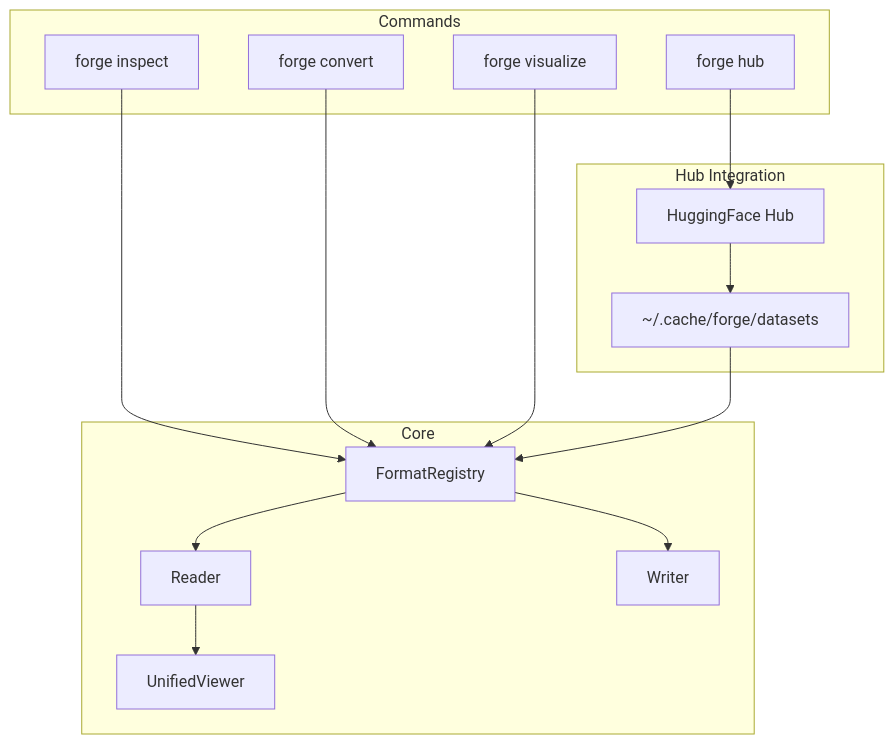
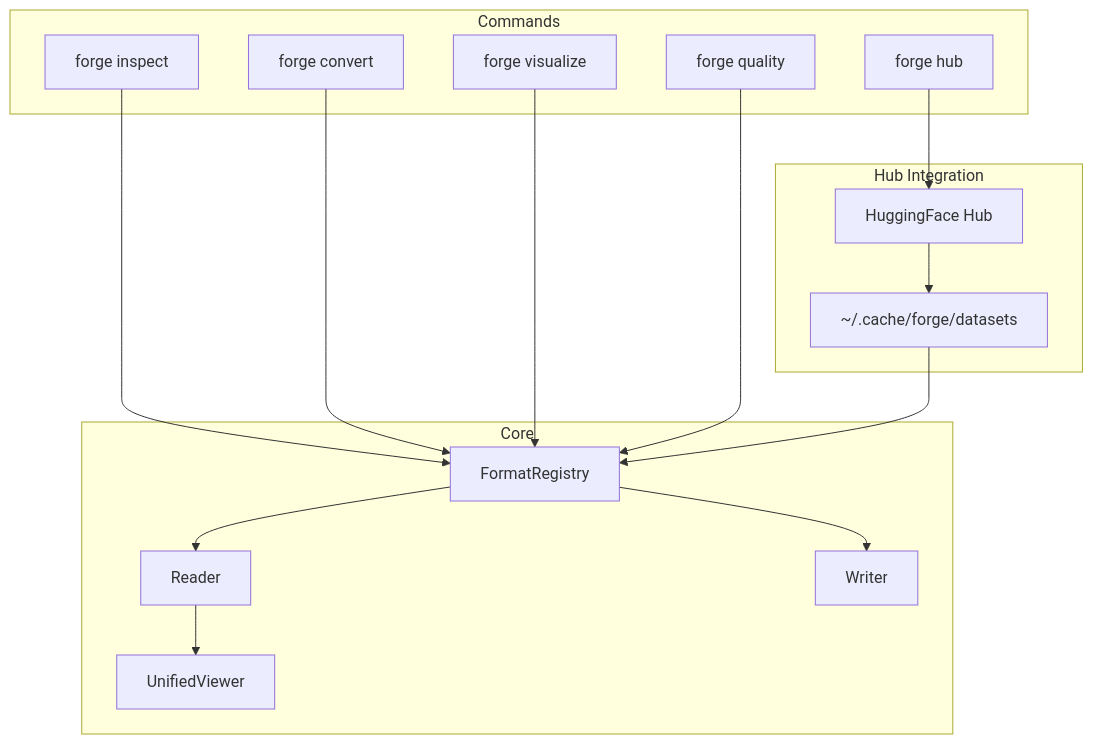
The fourth of 5 diagrams in docs/architecture.md (jony-llamado/convert_data), drawn with Mermaid before and after one commit. The commit also changed other lines of this file and 10 other files, not shown here.

````diff
--- a/docs/architecture.md
+++ b/docs/architecture.md
@@ -112,33 +114,35 @@
 ```mermaid
 flowchart TD
     subgraph Commands
         Inspect[forge inspect]
         Convert[forge convert]
         Visualize[forge visualize]
+        QualityCmd[forge quality]
         Hub[forge hub]
     end
 
     subgraph Hub Integration
         HF[HuggingFace Hub]
         Cache[~/.cache/forge/datasets]
     end
 
     subgraph Core
         Registry[FormatRegistry]
         Reader[Reader]
         Writer[Writer]
         Viewer[UnifiedViewer]
     end
 
     Inspect --> Registry
     Convert --> Registry
     Visualize --> Registry
+    QualityCmd --> Registry
 
     Hub --> HF
     HF --> Cache
     Cache --> Registry
 
     Registry --> Reader
     Registry --> Writer
     Reader --> Viewer
 ```
````
